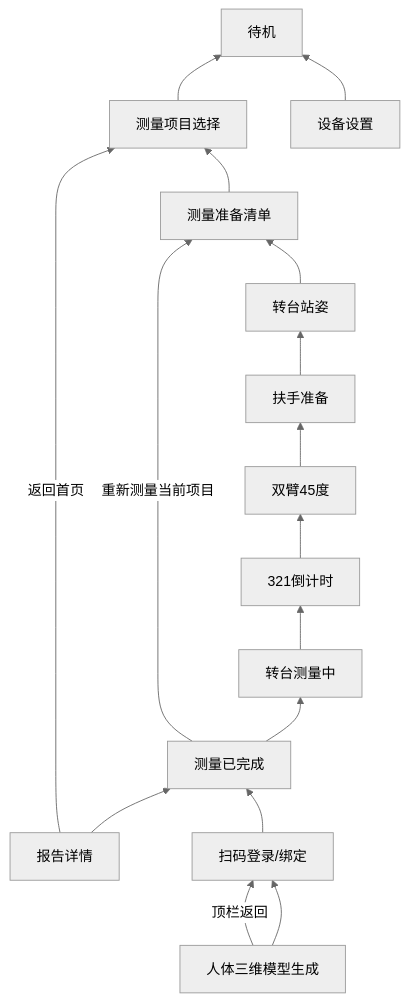
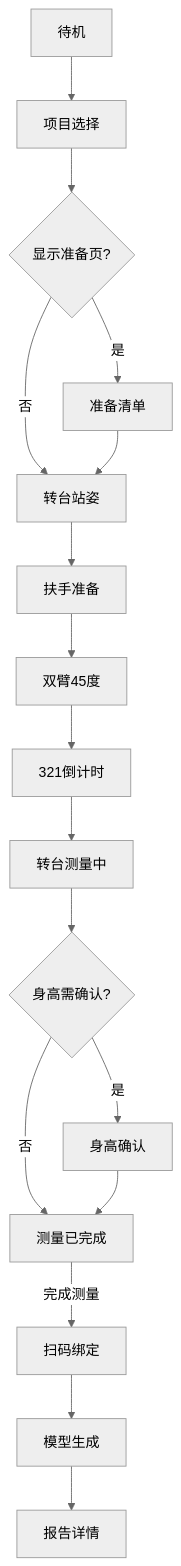
One commit to dan951781659/visbody-demo changed the diagram in device-library/devices/vapro7/PRD-综合测量与WellnessHub配置.md. Above: the diagram before and after it, drawn with Mermaid (neutral theme). The commit also changed other lines of this file and 38 other files, not shown here.

````diff
--- a/device-library/devices/vapro7/PRD-综合测量与WellnessHub配置.md
+++ b/device-library/devices/vapro7/PRD-综合测量与WellnessHub配置.md
@@ -569,18 +118,19 @@
 ```mermaid
-flowchart BT
-  report[报告详情] --> finish[测量已完成]
-  genPage[人体三维模型生成] --> scanPage[扫码登录/绑定]
-  scanPage --> finish
-  finish --> measuring[转台测量中]
-  measuring --> countdown[321倒计时]
-  countdown --> position[双臂45度]
-  position --> grip[扶手准备]
-  grip --> turntable[转台站姿]
-  turntable --> userPrep[测量准备清单]
-  userPrep --> home[测量项目选择]
-  home --> standby[待机]
-  finish -->|重新测量当前项目| userPrep
-  report -->|返回首页| home
-  genPage -->|顶栏返回| scanPage
-  settings[设备设置] --> standby
+flowchart TD
+  standby[待机] --> home[项目选择]
+  home --> prep{显示准备页?}
+  prep -->|是| userPrep[准备清单]
+  prep -->|否| turntable[转台站姿]
+  userPrep --> turntable
+  turntable --> grip[扶手准备]
+  grip --> position[双臂45度]
+  position --> countdown[321倒计时]
+  countdown --> measuring[转台测量中]
+  measuring --> hCheck{身高需确认?}
+  hCheck -->|是| heightConfirm[身高确认]
+  hCheck -->|否| finish[测量已完成]
+  heightConfirm --> finish
+  finish -->|完成测量| scan[扫码绑定]
+  scan --> gen[模型生成]
+  gen --> report[报告详情]
 ```
````
